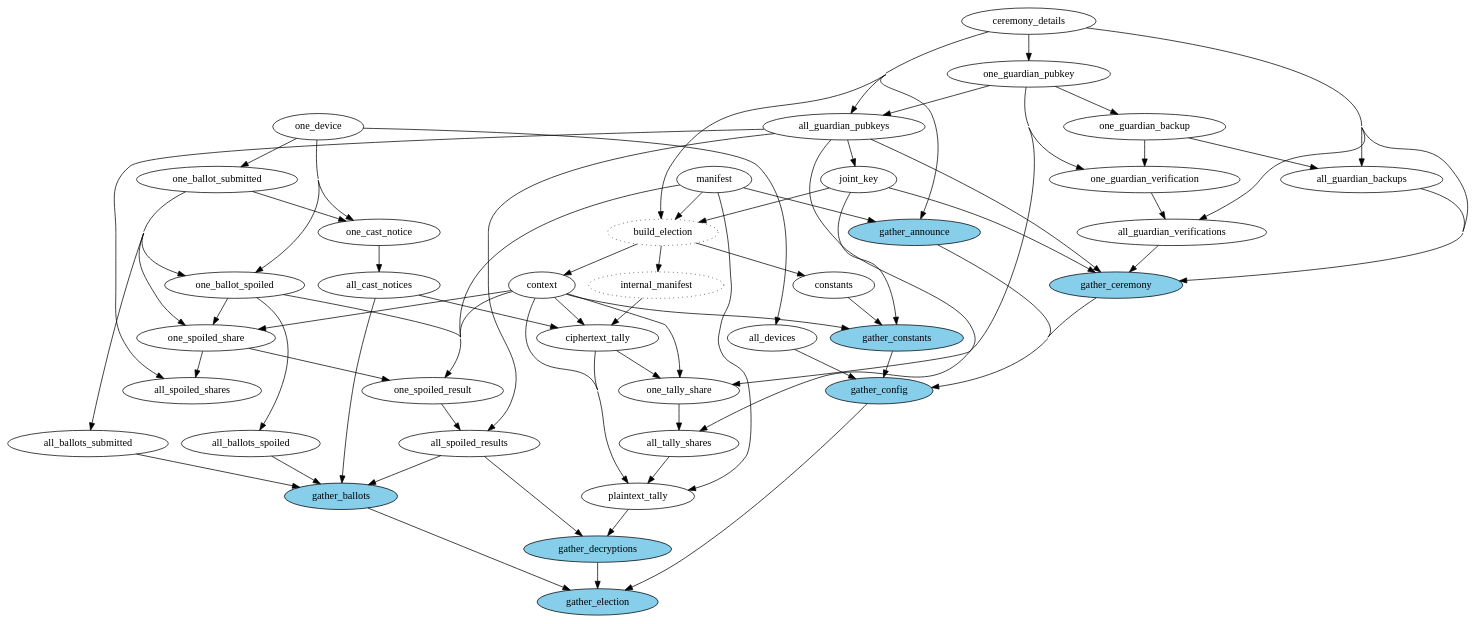
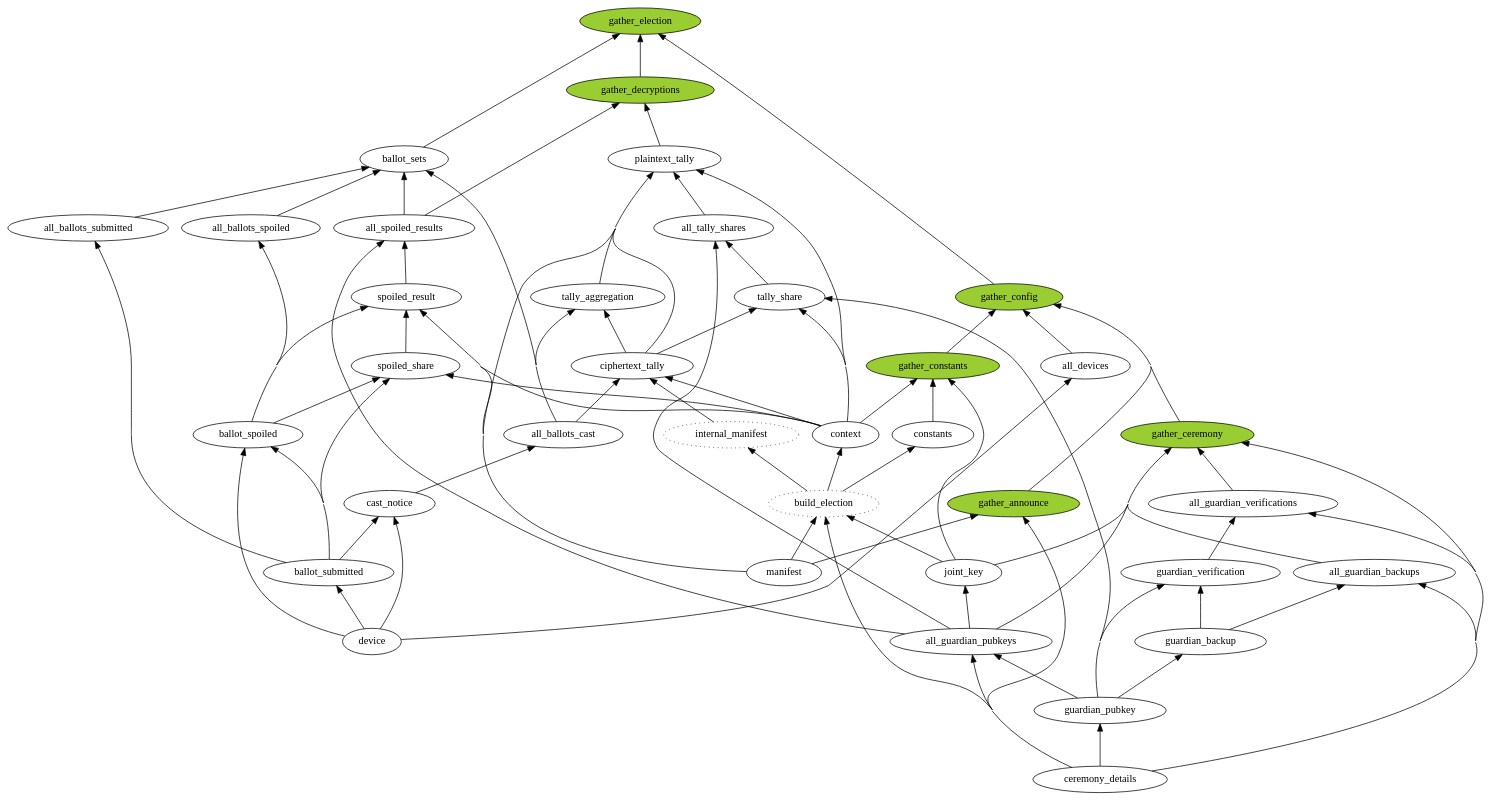
Before and after one commit to jefdaj/electionguard-cardano: the diagram in milestone1/verifier/scripts/verifier_deps.dot, drawn with Graphviz. The commit also changed 2 other files, not shown here.

```diff
--- a/milestone1/verifier/scripts/verifier_deps.dot
+++ b/milestone1/verifier/scripts/verifier_deps.dot
@@ -1,80 +1,86 @@
 digraph verifier_deps {
   concentrate=true
+  rankdir=BT
+  ranksep=0.8
 
   # nodes from PUBLIC_RECORDS keys
   manifest
   ceremony_details
-  one_guardian_pubkey
-  one_guardian_backup # TODO remove? not sure whether these are considered public
-  one_guardian_verification
+  guardian_pubkey
+  guardian_backup # TODO remove? not sure whether these are considered public
+  guardian_verification
   joint_key
   constants
   context
-  one_device
-  one_ballot_submitted
-  one_cast_notice
-  one_ballot_spoiled
+  device
+  ballot_submitted
+  cast_notice
+  ballot_spoiled
   ciphertext_tally
-  one_tally_share
-  one_spoiled_share
+  tally_share
+  spoiled_share
   plaintext_tally
-  one_spoiled_result
+  spoiled_result
 
   # "all" versions of things that are actually sets
-  {ceremony_details,one_guardian_pubkey} -> all_guardian_pubkeys
-  one_ballot_submitted -> all_ballots_submitted
-  one_ballot_spoiled -> all_ballots_spoiled
-  one_ballot_submitted -> one_cast_notice -> all_cast_notices
+  {ceremony_details,guardian_pubkey} -> all_guardian_pubkeys
+  ballot_submitted -> all_ballots_submitted
+  ballot_spoiled -> all_ballots_spoiled
+  ballot_submitted -> cast_notice -> all_ballots_cast
 
-  one_ballot_submitted -> {one_spoiled_share,one_ballot_spoiled} -> one_spoiled_result
-  one_guardian_pubkey -> one_tally_share
-  {all_guardian_pubkeys, one_spoiled_share} -> all_spoiled_shares
-  {all_guardian_pubkeys, one_spoiled_result} -> all_spoiled_results
-  {all_guardian_pubkeys, one_tally_share} -> all_tally_shares
+  ballot_submitted -> {spoiled_share,ballot_spoiled} -> spoiled_result
+  guardian_pubkey -> tally_share
+
+  # TODO are these needed for anything?
+  # {all_guardian_pubkeys, spoiled_share} -> all_spoiled_shares
+
+  {all_guardian_pubkeys, spoiled_result} -> all_spoiled_results
+  {all_guardian_pubkeys, tally_share} -> all_tally_shares
 
   # misc other nodes added manually
   build_election [style=dotted]    # not really a dep, but makes it cleaner # TODO remove?
   internal_manifest [style=dotted] # not serializable; have to build_election each time
 
   # dependenencies from guardian.py
-  ceremony_details -> one_guardian_pubkey -> one_guardian_backup
+  ceremony_details -> guardian_pubkey -> guardian_backup
 
   # TODO these should depend on the guardian pubkeys, not just the ceremony details,
   #      because they should be checking that those guardians signed them
-  {ceremony_details,one_guardian_backup} -> all_guardian_backups
-  {ceremony_details,one_guardian_verification} -> all_guardian_verifications
+  {ceremony_details,guardian_backup} -> all_guardian_backups
+  {ceremony_details,guardian_verification} -> all_guardian_verifications
 
-  {one_guardian_pubkey,one_guardian_backup} -> one_guardian_verification # TODO remove? it really depends on the *cardano* wallet key right?
+  {guardian_pubkey,guardian_backup} -> guardian_verification # TODO remove? it really depends on the *cardano* wallet key right?
   all_guardian_pubkeys -> joint_key
-  {ciphertext_tally,context} -> one_tally_share
-  {context,one_ballot_submitted,one_ballot_spoiled} -> one_spoiled_share
+  {ciphertext_tally,context} -> tally_share
+  {context,ballot_submitted,ballot_spoiled} -> spoiled_share
+  {ciphertext_tally,all_ballots_cast} -> tally_aggregation -> plaintext_tally
   
 
   # dependencies from device.py
-  one_device -> {one_ballot_submitted,one_ballot_spoiled,one_cast_notice}
-  one_device -> all_devices
+  device -> {ballot_submitted,ballot_spoiled,cast_notice}
+  device -> all_devices
 
   # dependenencies from admin.py
   {manifest,ceremony_details,joint_key} -> build_election -> {constants,internal_manifest,context}
-  {internal_manifest,context,all_cast_notices} -> ciphertext_tally
+  {internal_manifest,context,all_ballots_cast} -> ciphertext_tally
   {manifest,context,all_tally_shares,ciphertext_tally} -> plaintext_tally
-  {manifest,context,one_spoiled_share,one_ballot_spoiled} -> one_spoiled_result
+  {manifest,context,spoiled_share,ballot_spoiled} -> spoiled_result
 
   # overall election cerfification/verification
   # TODO is this how people will see it? or will they only require the plaintext_tally?
   # (either way, this is the way to get the code working first)
 
   # backbone of "phony" nodes (in the Makefile sense) to make verification
   # proceed in a nice linear way. this way we can have our dependency graph but
   # still show human-readable output. note that the summary/verification step
   # is missing because it's done at the end
-  node [style=filled, fillcolor=skyblue]
+  ballot_sets
+  node [style=filled, fillcolor=yellowgreen]
+  {gather_config,ballot_sets,gather_decryptions} -> gather_election
+  {plaintext_tally,all_spoiled_results} -> gather_decryptions
+  {all_ballots_submitted,all_ballots_spoiled,all_ballots_cast,all_spoiled_results} -> ballot_sets
+  {gather_announce,gather_ceremony,gather_constants,all_devices} -> gather_config
   {manifest,ceremony_details} -> gather_announce
   {ceremony_details,all_guardian_pubkeys,all_guardian_backups,all_guardian_verifications,joint_key} -> gather_ceremony
   {joint_key,context,constants} -> gather_constants
-  {gather_announce,gather_ceremony,gather_constants,all_devices} -> gather_config
-  {all_ballots_submitted,all_ballots_spoiled,all_cast_notices,all_spoiled_results} -> gather_ballots
-  {plaintext_tally,all_spoiled_results} -> gather_decryptions
-  {gather_config,gather_ballots,gather_decryptions} -> gather_election
-  gather_election
 }
```
